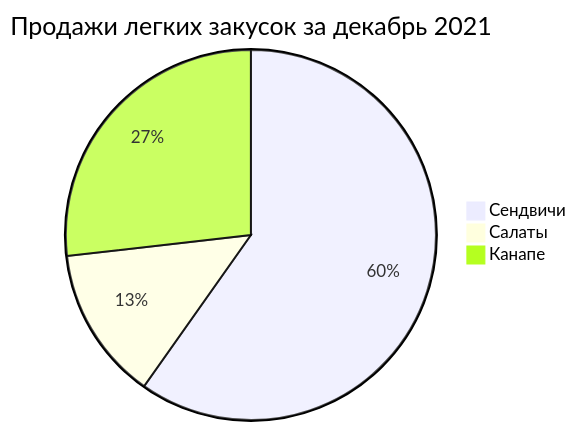
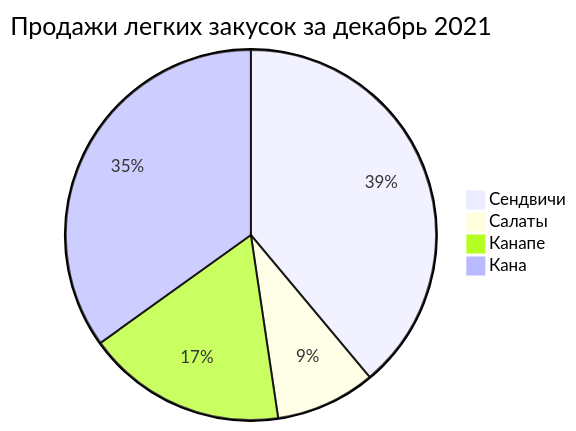
The fourth of 4 diagrams in gorm/meramid.md (Gitart/GO-SIMPLE), drawn with Mermaid before and after one commit.

````diff
--- a/gorm/meramid.md
+++ b/gorm/meramid.md
@@ -52,6 +52,8 @@
 ```mermaid
 pie title Продажи легких закусок за декабрь 2021
     "Сендвичи" : 223
     "Салаты" : 50
     "Канапе" : 100
+    "Кана" : 200
+
 ```
````
